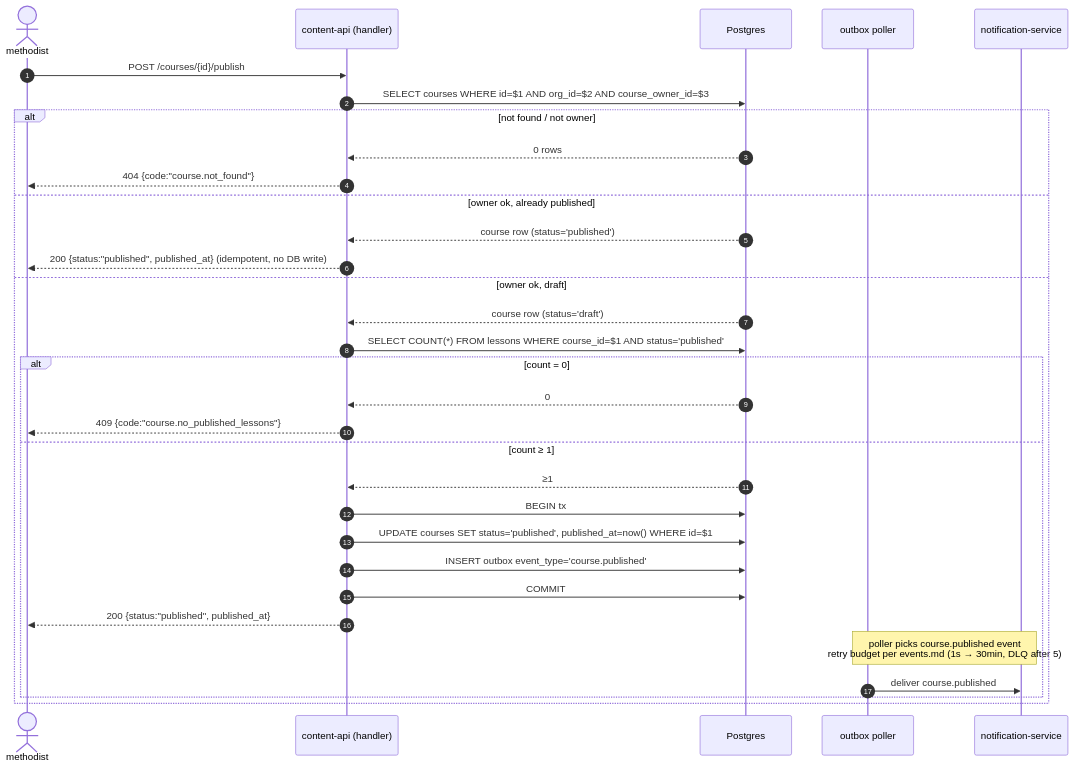
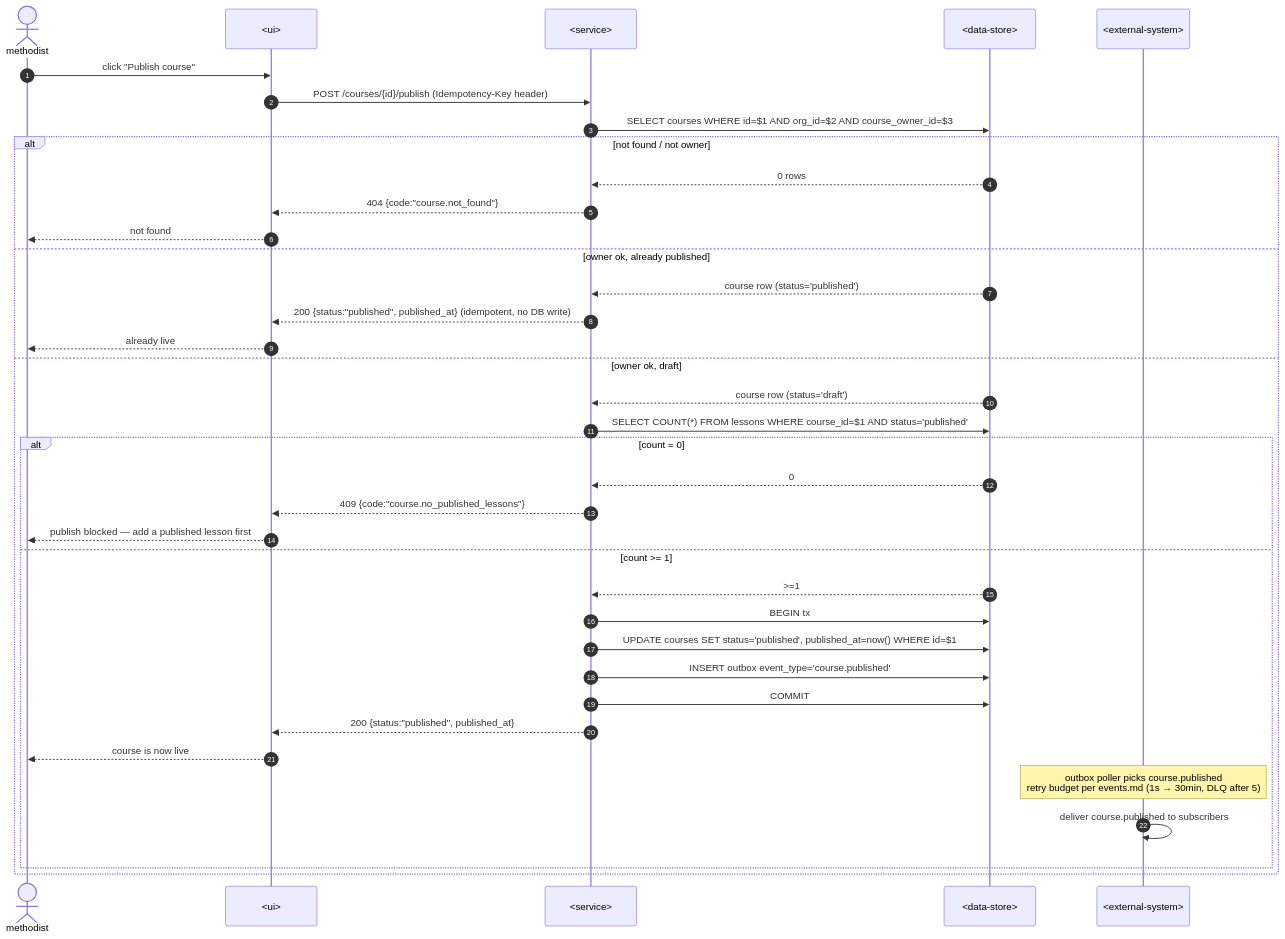
The fifth of 13 diagrams in modules/6-sdlc/sdlc/examples/course-lesson-mvp/sad.md (genkovich/agentic-engineering-course-public), drawn with Mermaid before and after one commit. The commit also changed other lines of this file and 139 other files, not shown here.

First line of the commit message:
sdlc: синк плагіна до v4.5.1 (21 skill, agents, map-architecture)

````diff
--- a/modules/6-sdlc/sdlc/examples/course-lesson-mvp/sad.md
+++ b/modules/6-sdlc/sdlc/examples/course-lesson-mvp/sad.md
@@ -238,36 +255,40 @@
 ```mermaid
 sequenceDiagram
     autonumber
     actor M as methodist
-    participant API as content-api (handler)
-    participant DB as Postgres
-    participant OUT as outbox poller
-    participant NS as notification-service
+    participant UI as <ui>
+    participant SVC as <service>
+    participant DS as <data-store>
+    participant EXT as <external-system>
 
-    %% TODO: align with openapi.yaml — POST /courses/{id}/publish not yet in contract (only POST /lessons/{id}/publish exists)
-    M->>API: POST /courses/{id}/publish
-    API->>DB: SELECT courses WHERE id=$1 AND org_id=$2 AND course_owner_id=$3
+    M->>UI: click "Publish course"
+    UI->>SVC: POST /courses/{id}/publish (Idempotency-Key header)
+    SVC->>DS: SELECT courses WHERE id=$1 AND org_id=$2 AND course_owner_id=$3
     alt not found / not owner
-        DB-->>API: 0 rows
-        API-->>M: 404 {code:"course.not_found"}
+        DS-->>SVC: 0 rows
+        SVC-->>UI: 404 {code:"course.not_found"}
+        UI-->>M: not found
     else owner ok, already published
-        DB-->>API: course row (status='published')
-        API-->>M: 200 {status:"published", published_at} (idempotent, no DB write)
+        DS-->>SVC: course row (status='published')
+        SVC-->>UI: 200 {status:"published", published_at} (idempotent, no DB write)
+        UI-->>M: already live
     else owner ok, draft
-        DB-->>API: course row (status='draft')
-        API->>DB: SELECT COUNT(*) FROM lessons WHERE course_id=$1 AND status='published'
+        DS-->>SVC: course row (status='draft')
+        SVC->>DS: SELECT COUNT(*) FROM lessons WHERE course_id=$1 AND status='published'
         alt count = 0
-            DB-->>API: 0
-            API-->>M: 409 {code:"course.no_published_lessons"}
-        else count ≥ 1
-            DB-->>API: ≥1
-            API->>DB: BEGIN tx
-            API->>DB: UPDATE courses SET status='published', published_at=now() WHERE id=$1
-            API->>DB: INSERT outbox event_type='course.published'
-            API->>DB: COMMIT
-            API-->>M: 200 {status:"published", published_at}
-            Note over OUT, NS: poller picks course.published event<br/>retry budget per events.md (1s → 30min, DLQ after 5)
-            OUT->>NS: deliver course.published
+            DS-->>SVC: 0
+            SVC-->>UI: 409 {code:"course.no_published_lessons"}
+            UI-->>M: publish blocked — add a published lesson first
+        else count >= 1
+            DS-->>SVC: >=1
+            SVC->>DS: BEGIN tx
+            SVC->>DS: UPDATE courses SET status='published', published_at=now() WHERE id=$1
+            SVC->>DS: INSERT outbox event_type='course.published'
+            SVC->>DS: COMMIT
+            SVC-->>UI: 200 {status:"published", published_at}
+            UI-->>M: course is now live
+            Note over EXT: outbox poller picks course.published<br/>retry budget per events.md (1s → 30min, DLQ after 5)
+            EXT->>EXT: deliver course.published to subscribers
         end
     end
 ```
````
